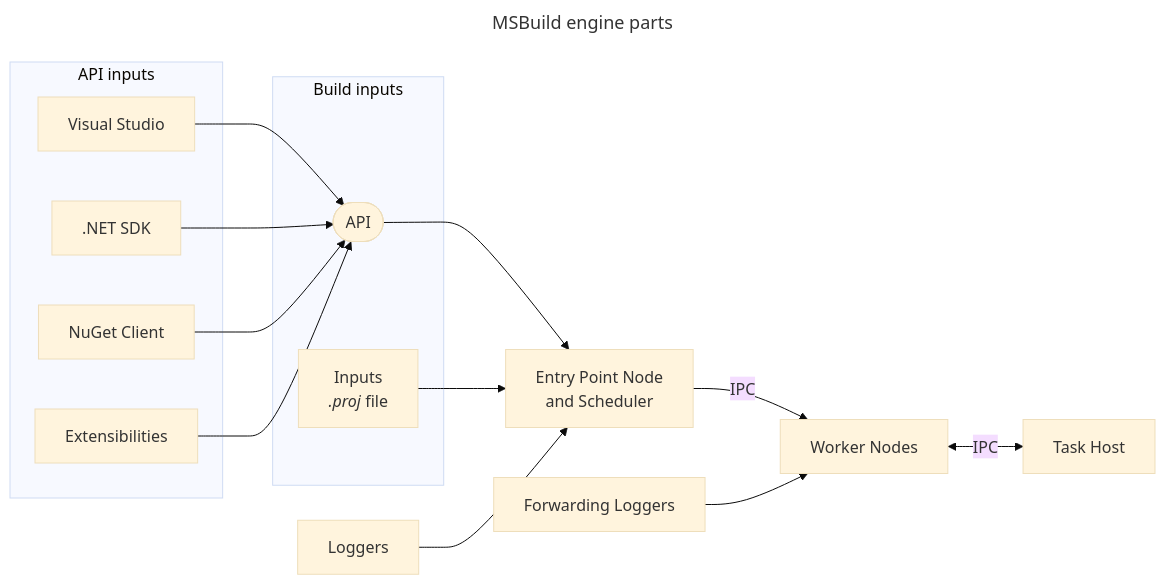
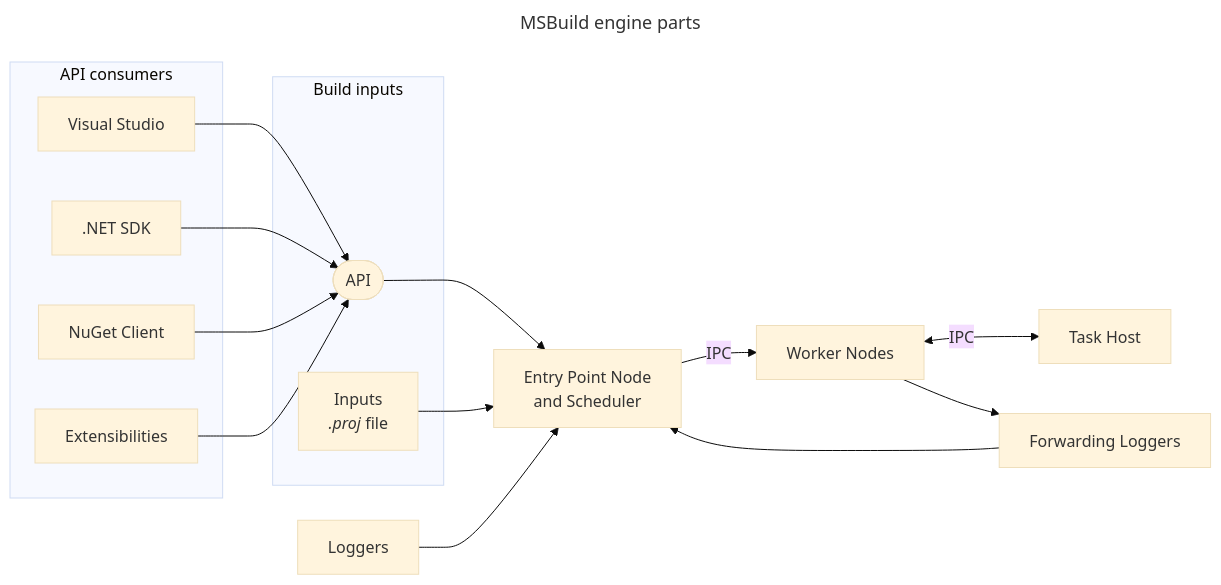
The first of 4 diagrams in documentation/High-level-overview.md (dotnet/msbuild), drawn with Mermaid (base theme) before and after one commit. The commit also changed other lines of this file, not shown here.

````diff
--- a/documentation/High-level-overview.md
+++ b/documentation/High-level-overview.md
@@ -46,26 +46,26 @@
 ```mermaid
 ---
 title: MSBuild engine parts
 ---
 flowchart LR
     subgraph Build inputs
     I["`Inputs
     _.proj_ file`"]
     API([API])
     end
     
-    subgraph API inputs
+    subgraph API consumers
     VS[Visual Studio] --> API
     SDK[.NET SDK] --> API
     NC[NuGet Client] --> API
     E[Extensibilities] --> API
     end
 
     API & I --> EN[Entry Point Node 
     and Scheduler]
     
     EN --IPC--> WN[Worker Nodes]
     WN <--IPC--> TH[Task Host]
     L[Loggers] --> EN
-    FW[Forwarding Loggers] --> WN
+    WN --> FW[Forwarding Loggers] --> EN
 ```
````
